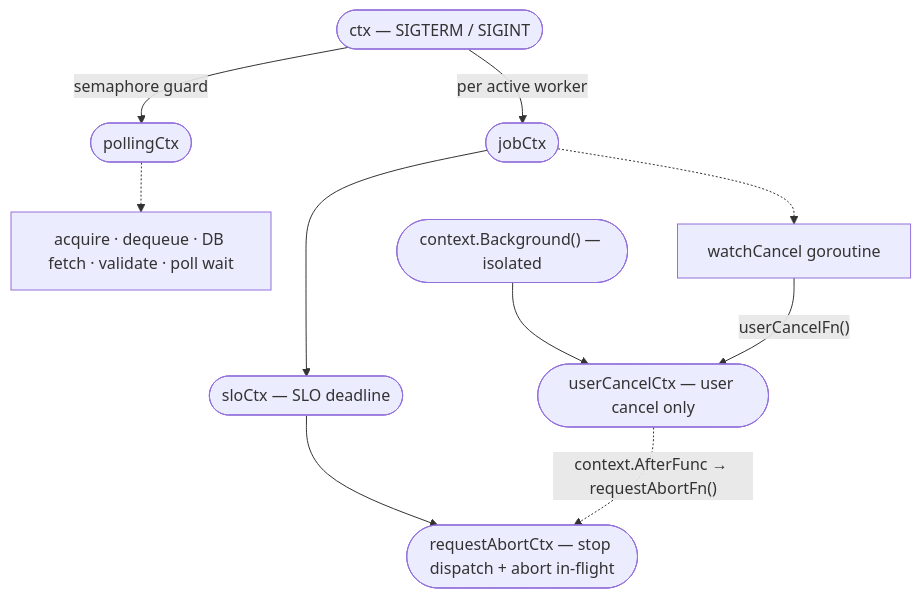
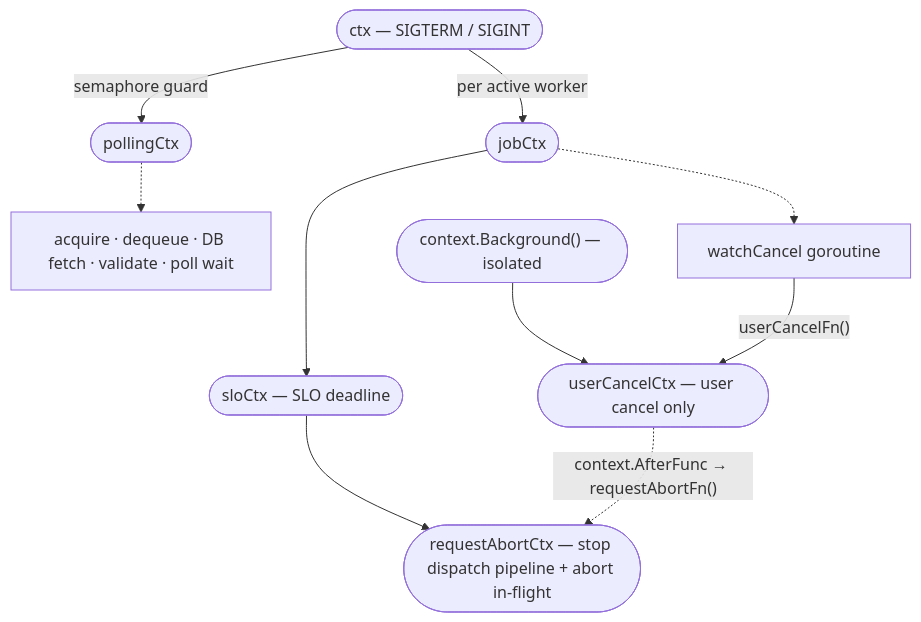
One commit to llm-d-incubation/batch-gateway changed the second of 4 diagrams in docs/design/batch_processor_architecture.md. Above: the diagram before and after it, drawn with Mermaid. The commit also changed other lines of this file and 1 other file, not shown here.

````diff
--- a/docs/design/batch_processor_architecture.md
+++ b/docs/design/batch_processor_architecture.md
@@ -231,19 +232,19 @@
 ```mermaid
 graph TD
     ctx(["ctx — SIGTERM / SIGINT"])
 
     ctx -->|"semaphore guard"| pollingCtx(["pollingCtx"])
     ctx -->|"per active worker"| jobCtx(["jobCtx"])
 
     pollingCtx -.-> polling["acquire · dequeue · DB fetch · validate · poll wait"]
 
     jobCtx --> sloCtx(["sloCtx — SLO deadline"])
     jobCtx -.-> watchCancel["watchCancel goroutine"]
 
-    sloCtx --> requestAbortCtx(["requestAbortCtx — stop dispatch + abort in-flight"])
+    sloCtx --> requestAbortCtx(["requestAbortCtx — stop dispatch pipeline + abort in-flight"])
 
     bg(["context.Background() — isolated"])
     bg --> userCancelCtx(["userCancelCtx — user cancel only"])
     watchCancel -->|"userCancelFn()"| userCancelCtx
     userCancelCtx -.->|"context.AfterFunc → requestAbortFn()"| requestAbortCtx
 ```
````
